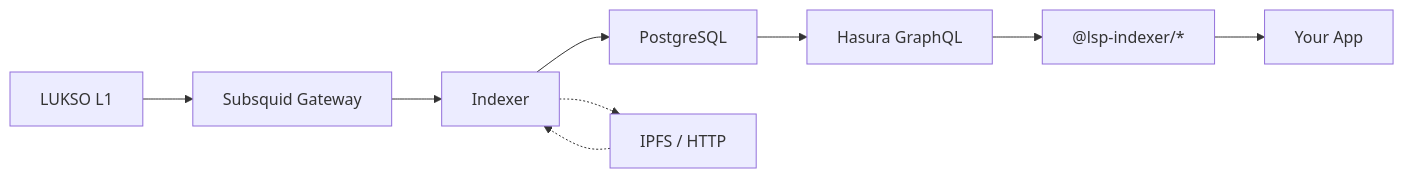
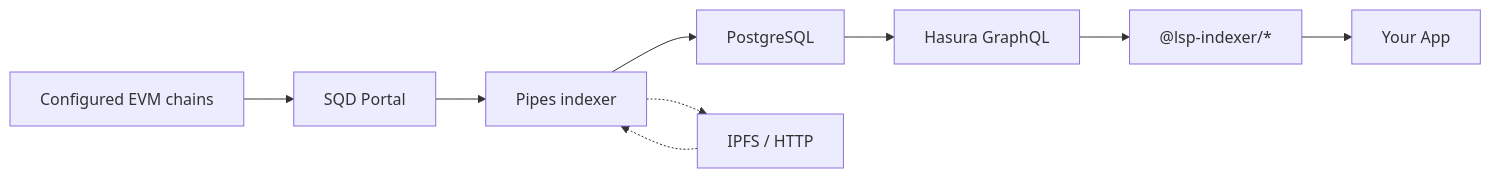
Before and after one commit to chillwhales/lsp-indexer: the first of 3 diagrams in apps/docs/src/app/(home)/page.mdx, drawn with Mermaid. The commit also changed other lines of this file and 226 other files, not shown here.

````diff
--- a/apps/docs/src/app/(home)/page.mdx
+++ b/apps/docs/src/app/(home)/page.mdx
@@ -12,11 +12,11 @@
 ```mermaid
 graph LR
-  A[LUKSO L1] --> B[Subsquid Gateway]
-  B --> C[Indexer]
+  A[Configured EVM chains] --> B[SQD Portal]
+  B --> C[Pipes indexer]
   C --> D[PostgreSQL]
   D --> E[Hasura GraphQL]
   E --> F["@lsp-indexer/*"]
   F --> G[Your App]
   C -.-> H[IPFS / HTTP]
   H -.-> C
 ```
````
